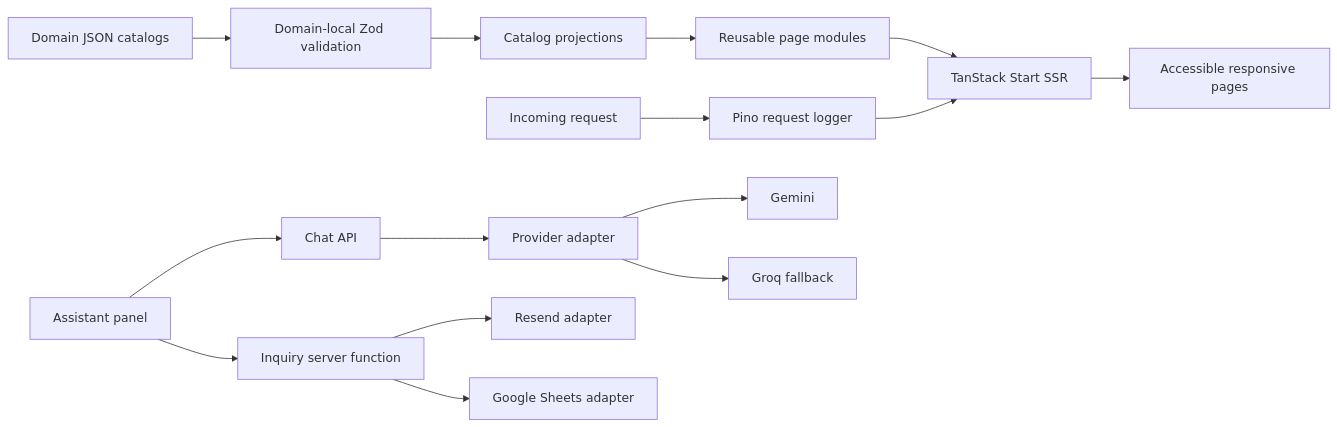
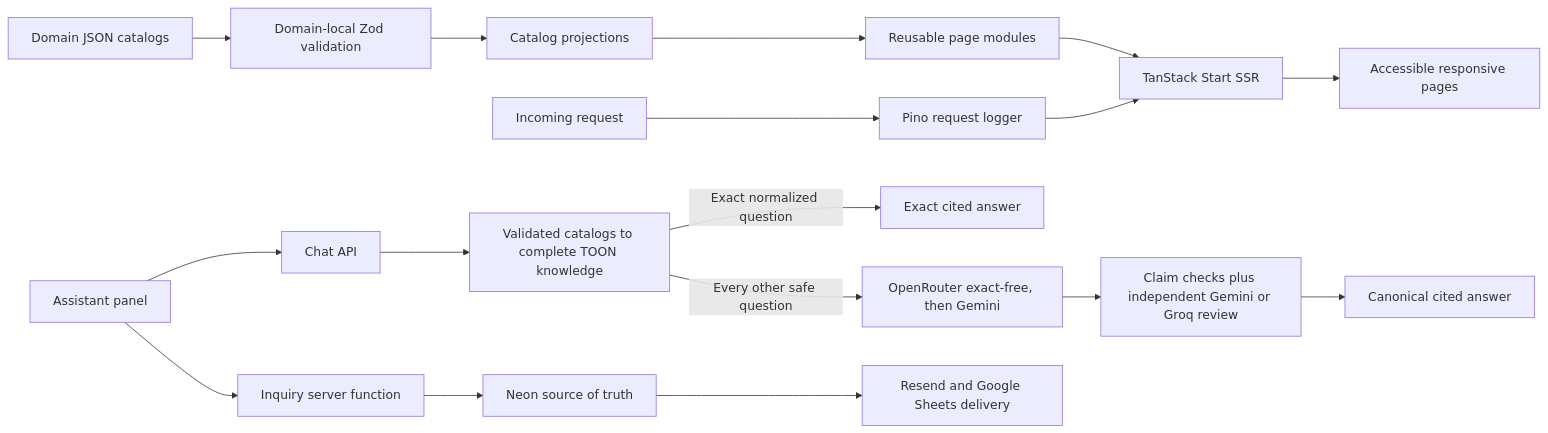
The diagram in README.md (montasim/v2), drawn with Mermaid before and after one commit. The commit also changed other lines of this file and 134 other files, not shown here.

````diff
--- a/README.md
+++ b/README.md
@@ -97,17 +121,19 @@
 ```mermaid
 flowchart LR
     A[Domain JSON catalogs] --> B[Domain-local Zod validation]
     B --> C[Catalog projections]
     C --> D[Reusable page modules]
     D --> E[TanStack Start SSR]
     E --> H[Accessible responsive pages]
     F[Incoming request] --> G[Pino request logger]
     G --> E
     I[Assistant panel] --> J[Chat API]
-    J --> K[Provider adapter]
-    K --> L[Gemini]
-    K --> M[Groq fallback]
+    J --> S[Validated catalogs to complete TOON knowledge]
+    S -->|Exact normalized question| T[Exact cited answer]
+    S -->|Every other safe question| M[OpenRouter exact-free, then Gemini]
+    M --> L[Claim checks plus independent Gemini or Groq review]
+    L --> U[Canonical cited answer]
     I --> N[Inquiry server function]
-    N --> O[Resend adapter]
-    N --> P[Google Sheets adapter]
+    N --> O[Neon source of truth]
+    O --> P[Resend and Google Sheets delivery]
 ```
````
